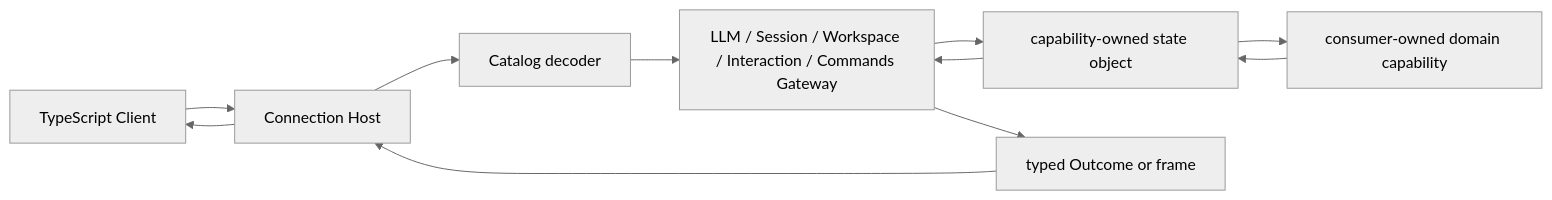
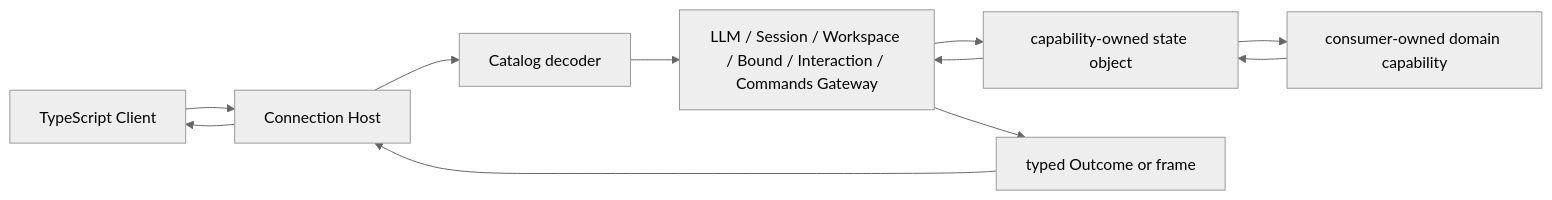
One commit to gorenx/goren changed the diagram in apiproxy/README.zh-CN.md. Above: the diagram before and after it, drawn with Mermaid (neutral theme). The commit also changed other lines of this file and 16 other files, not shown here.

````diff
--- a/apiproxy/README.zh-CN.md
+++ b/apiproxy/README.zh-CN.md
@@ -20,13 +20,13 @@
 ```mermaid
 flowchart LR
     A[TypeScript Client] --> B[Connection Host]
     B --> C[Catalog decoder]
-    C --> D[LLM / Session / Workspace / Interaction / Commands Gateway]
+    C --> D[LLM / Session / Workspace / Bound / Interaction / Commands Gateway]
     D --> E[capability-owned state object]
     E --> G[consumer-owned domain capability]
     G --> E
     E --> D
     D --> F[typed Outcome or frame]
     F --> B
     B --> A
 ```
````
